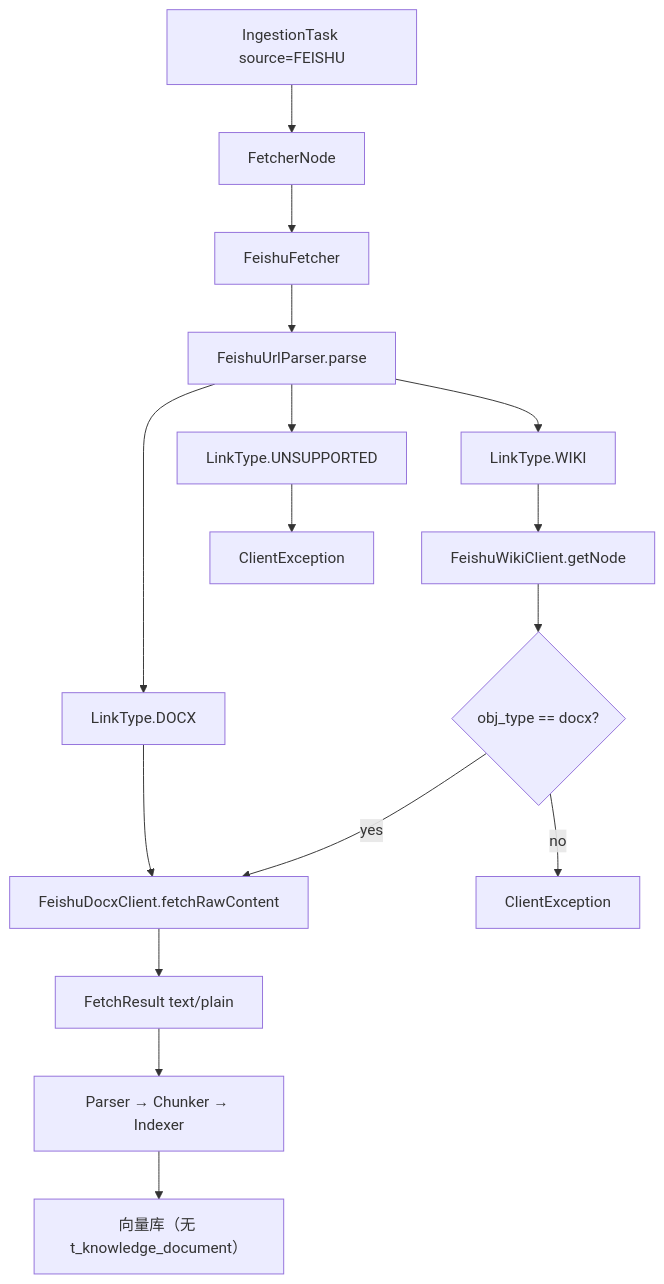
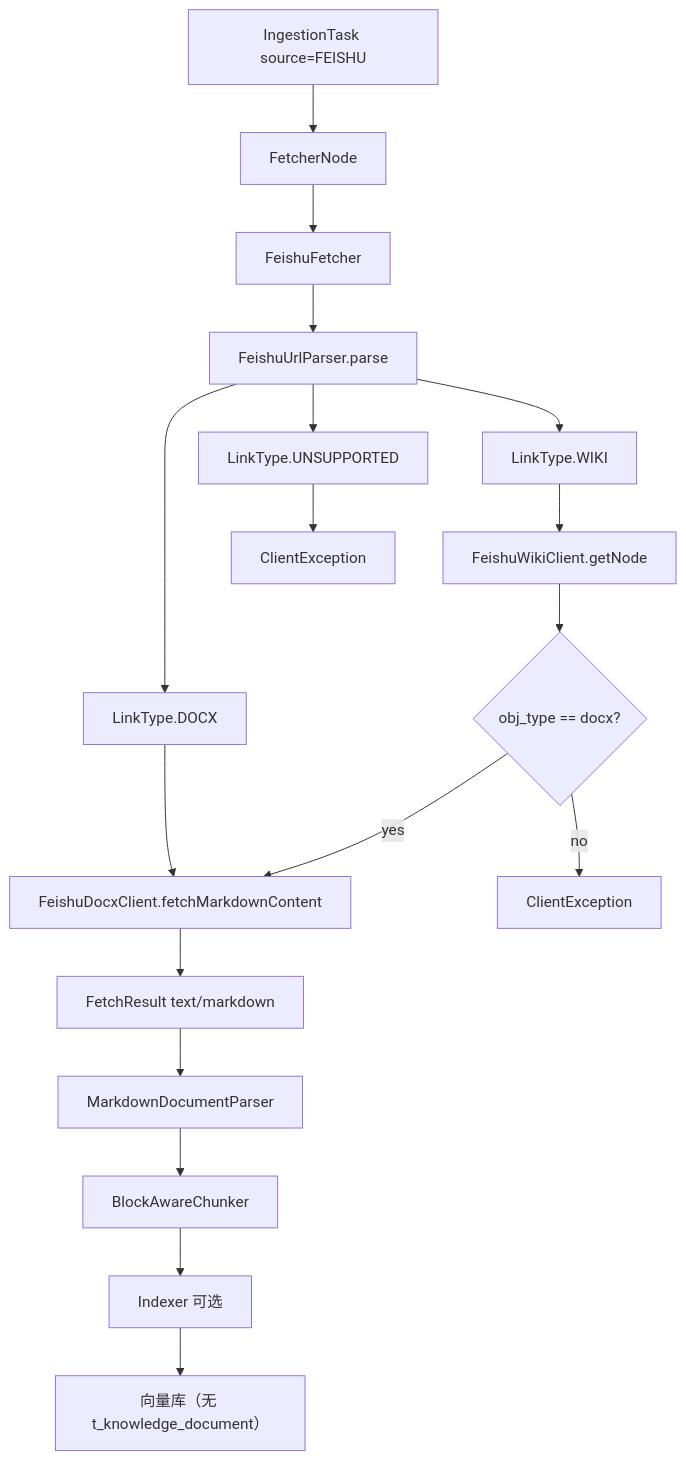
The first of 3 diagrams in docs/feishu-wiki-integration.md (ZhaoWeijunX/ragent), drawn with Mermaid before and after one commit. The commit also changed other lines of this file and 12 other files, not shown here.

Commit message:
feat(ingestion): add Markdown export for Feishu docx with plain text fallback

````diff
--- a/docs/feishu-wiki-integration.md
+++ b/docs/feishu-wiki-integration.md
@@ -68,18 +75,20 @@
 ```mermaid
 flowchart TD
     task[IngestionTask source=FEISHU] --> fetcherNode[FetcherNode]
     fetcherNode --> feishuFetcher[FeishuFetcher]
     feishuFetcher --> urlParser[FeishuUrlParser.parse]
     urlParser --> docxBranch[LinkType.DOCX]
     urlParser --> wikiBranch[LinkType.WIKI]
     urlParser --> unsupported[LinkType.UNSUPPORTED]
-    docxBranch --> docxClient[FeishuDocxClient.fetchRawContent]
+    docxBranch --> docxClient[FeishuDocxClient.fetchMarkdownContent]
     wikiBranch --> wikiClient[FeishuWikiClient.getNode]
     wikiClient --> checkType{obj_type == docx?}
     checkType -->|yes| docxClient
     checkType -->|no| clientErr[ClientException]
-    docxClient --> result["FetchResult text/plain"]
+    docxClient --> result["FetchResult text/markdown"]
     unsupported --> clientErr2[ClientException]
-    result --> pipeline[Parser → Chunker → Indexer]
+    result --> parser[MarkdownDocumentParser]
+    parser --> chunker[BlockAwareChunker]
+    chunker --> pipeline[Indexer 可选]
     pipeline --> vectorOnly["向量库（无 t_knowledge_document）"]
 ```
````
